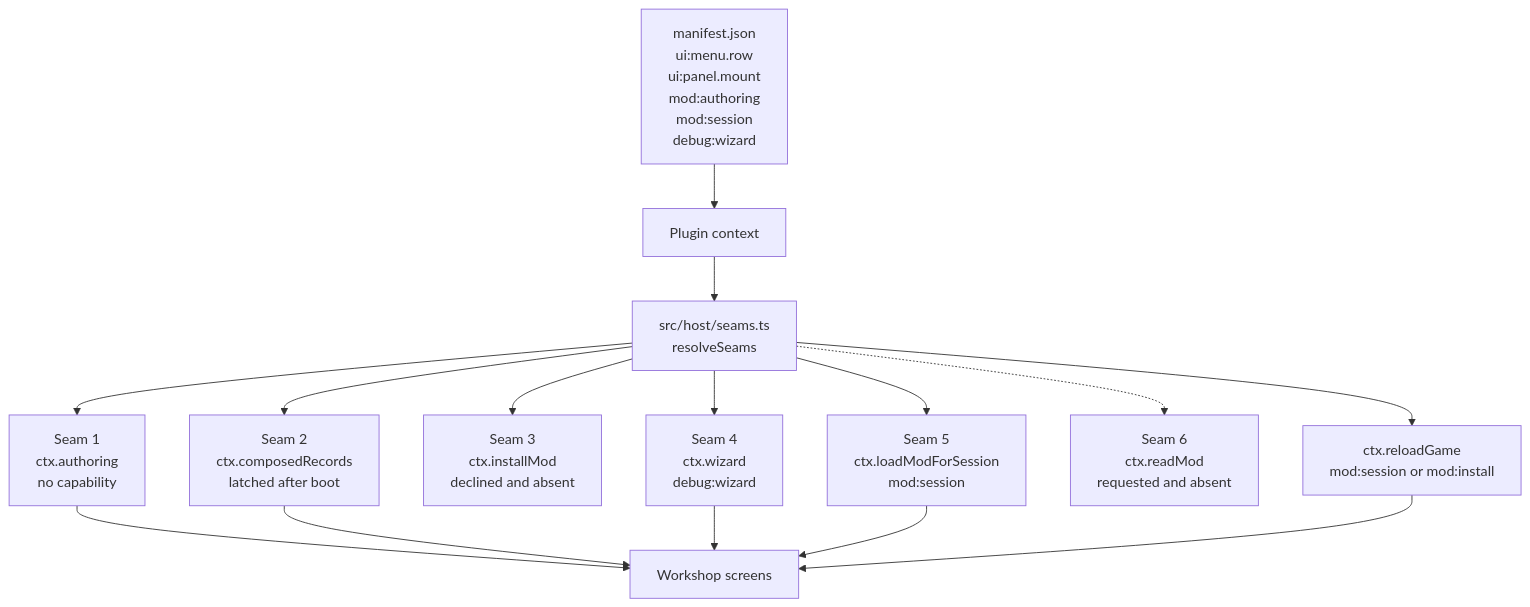
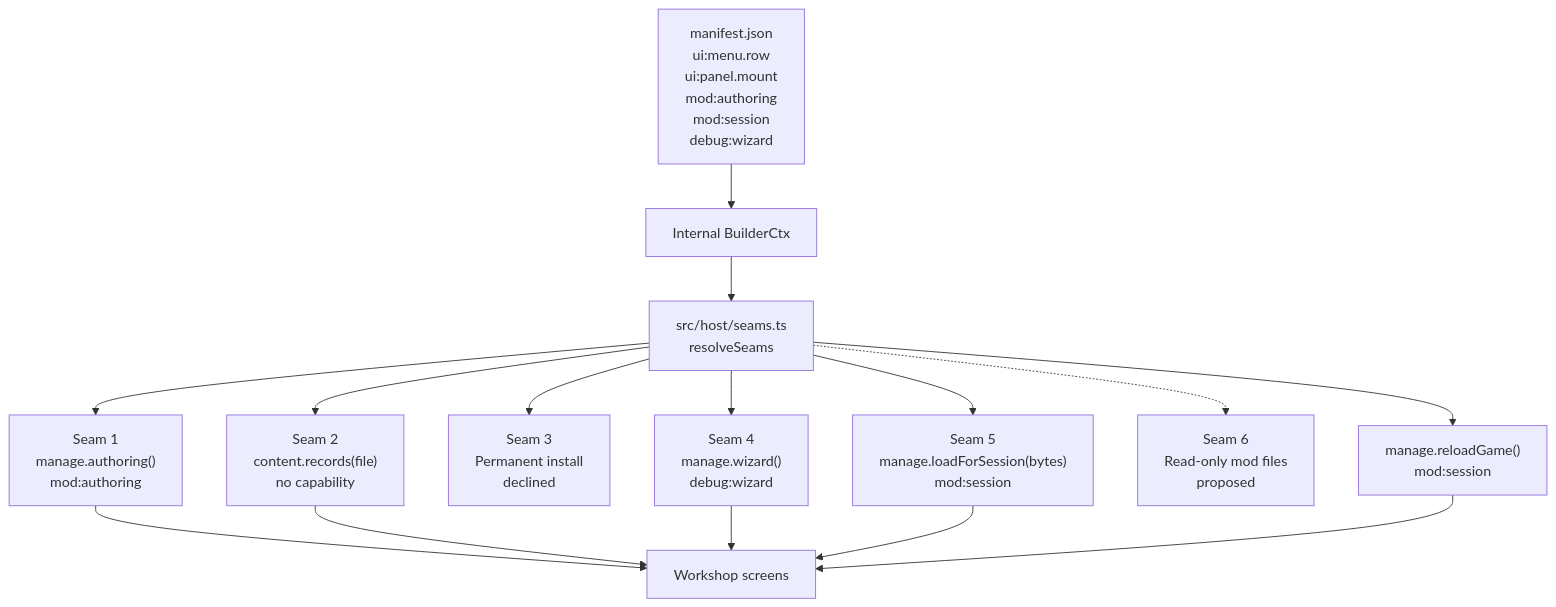
Before and after one commit to neostryder/neo-angband-mod-forge: the diagram in docs/ENGINE_SEAMS.md, drawn with Mermaid. The commit also changed other lines of this file and 19 other files, not shown here.

````diff
--- a/docs/ENGINE_SEAMS.md
+++ b/docs/ENGINE_SEAMS.md
@@ -3,17 +3,17 @@
 ```mermaid
 flowchart TD
-  C["Plugin context"] --> S["src/host/seams.ts<br/>resolveSeams"]
-  S --> A["Seam 1<br/>ctx.authoring<br/>no capability"]
-  S --> R["Seam 2<br/>ctx.composedRecords<br/>latched after boot"]
-  S --> I["Seam 3<br/>ctx.installMod<br/>declined and absent"]
-  S --> W["Seam 4<br/>ctx.wizard<br/>debug:wizard"]
-  S --> L["Seam 5<br/>ctx.loadModForSession<br/>mod:session"]
-  S -.-> READ["Seam 6<br/>ctx.readMod<br/>requested and absent"]
-  S --> RELOAD["ctx.reloadGame<br/>mod:session or mod:install"]
+  C["Internal BuilderCtx"] --> S["src/host/seams.ts<br/>resolveSeams"]
+  S --> A["Seam 1<br/>manage.authoring()<br/>mod:authoring"]
+  S --> R["Seam 2<br/>content.records(file)<br/>no capability"]
+  S --> I["Seam 3<br/>Permanent install<br/>declined"]
+  S --> W["Seam 4<br/>manage.wizard()<br/>debug:wizard"]
+  S --> L["Seam 5<br/>manage.loadForSession(bytes)<br/>mod:session"]
+  S -.-> READ["Seam 6<br/>Read-only mod files<br/>proposed"]
+  S --> RELOAD["manage.reloadGame()<br/>mod:session"]
   A --> UI["Workshop screens"]
   R --> UI
   W --> UI
   L --> UI
   RELOAD --> UI
   MAN["manifest.json<br/>ui:menu.row<br/>ui:panel.mount<br/>mod:authoring<br/>mod:session<br/>debug:wizard"] --> C
 ```
````
